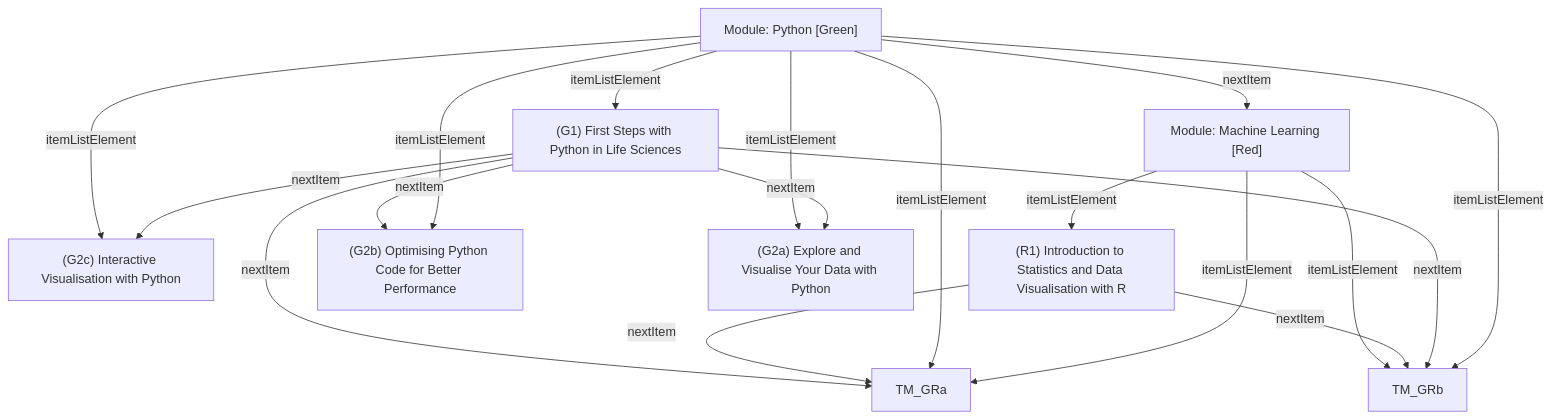
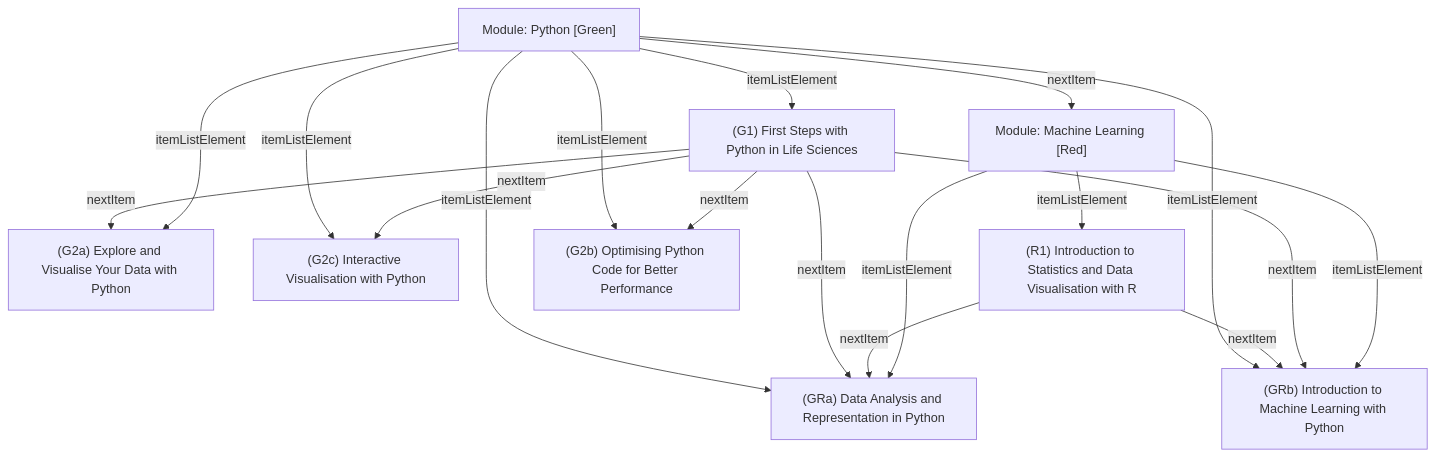
One commit to BioSchemas/LearningPath-sandbox changed the diagram in lp3.mmd. Above: the diagram before and after it, drawn with Mermaid. The commit also changed 3 other files, not shown here.

```diff
--- a/lp3.mmd
+++ b/lp3.mmd
@@ -1,44 +1,52 @@
 graph TD
+N1["Module: Python [Green]"]
+N8["(GRa) Data Analysis and Representation in Python"]
+N1 -- itemListElement --> N8
+N1["Module: Python [Green]"]
+N9["(GRb) Introduction to Machine Learning with Python"]
+N1 -- itemListElement --> N9
+N2["(G1) First Steps with Python in Life Sciences"]
+N3["(G2a) Explore and Visualise Your Data with Python"]
+N2 -- nextItem --> N3
+N2["(G1) First Steps with Python in Life Sciences"]
+N8["(GRa) Data Analysis and Representation in Python"]
+N2 -- nextItem --> N8
 N1["Module: Python [Green]"]
 N5["(G2c) Interactive Visualisation with Python"]
 N1 -- itemListElement --> N5
+N2["(G1) First Steps with Python in Life Sciences"]
+N5["(G2c) Interactive Visualisation with Python"]
+N2 -- nextItem --> N5
+N7["(R1) Introduction to Statistics and Data Visualisation with R"]
+N8["(GRa) Data Analysis and Representation in Python"]
+N7 -- nextItem --> N8
+N7["(R1) Introduction to Statistics and Data Visualisation with R"]
+N9["(GRb) Introduction to Machine Learning with Python"]
+N7 -- nextItem --> N9
 N1["Module: Python [Green]"]
-N2["(G1) First Steps with Python in Life Sciences"]
-N1 -- itemListElement --> N2
-N2["(G1) First Steps with Python in Life Sciences"]
-N2 -- nextItem --> TM_GRa
-N7["(R1) Introduction to Statistics and Data Visualisation with R"]
-N7 -- nextItem --> TM_GRa
+N4["(G2b) Optimising Python Code for Better Performance"]
+N1 -- itemListElement --> N4
 N2["(G1) First Steps with Python in Life Sciences"]
 N4["(G2b) Optimising Python Code for Better Performance"]
 N2 -- nextItem --> N4
 N1["Module: Python [Green]"]
-N1 -- itemListElement --> TM_GRa
-N1["Module: Python [Green]"]
-N3["(G2a) Explore and Visualise Your Data with Python"]
-N1 -- itemListElement --> N3
-N6["Module: Machine Learning [Red]"]
-N6 -- itemListElement --> TM_GRb
-N7["(R1) Introduction to Statistics and Data Visualisation with R"]
-N7 -- nextItem --> TM_GRb
-N1["Module: Python [Green]"]
 N6["Module: Machine Learning [Red]"]
 N1 -- nextItem --> N6
-N2["(G1) First Steps with Python in Life Sciences"]
-N5["(G2c) Interactive Visualisation with Python"]
-N2 -- nextItem --> N5
-N6["Module: Machine Learning [Red]"]
-N6 -- itemListElement --> TM_GRa
-N2["(G1) First Steps with Python in Life Sciences"]
-N3["(G2a) Explore and Visualise Your Data with Python"]
-N2 -- nextItem --> N3
-N1["Module: Python [Green]"]
-N4["(G2b) Optimising Python Code for Better Performance"]
-N1 -- itemListElement --> N4
 N6["Module: Machine Learning [Red]"]
 N7["(R1) Introduction to Statistics and Data Visualisation with R"]
 N6 -- itemListElement --> N7
 N2["(G1) First Steps with Python in Life Sciences"]
-N2 -- nextItem --> TM_GRb
+N9["(GRb) Introduction to Machine Learning with Python"]
+N2 -- nextItem --> N9
 N1["Module: Python [Green]"]
-N1 -- itemListElement --> TM_GRb
+N3["(G2a) Explore and Visualise Your Data with Python"]
+N1 -- itemListElement --> N3
+N1["Module: Python [Green]"]
+N2["(G1) First Steps with Python in Life Sciences"]
+N1 -- itemListElement --> N2
+N6["Module: Machine Learning [Red]"]
+N8["(GRa) Data Analysis and Representation in Python"]
+N6 -- itemListElement --> N8
+N6["Module: Machine Learning [Red]"]
+N9["(GRb) Introduction to Machine Learning with Python"]
+N6 -- itemListElement --> N9
```
